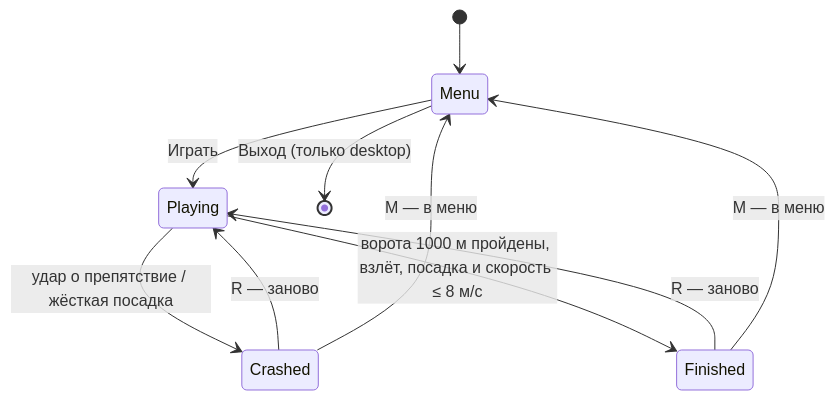
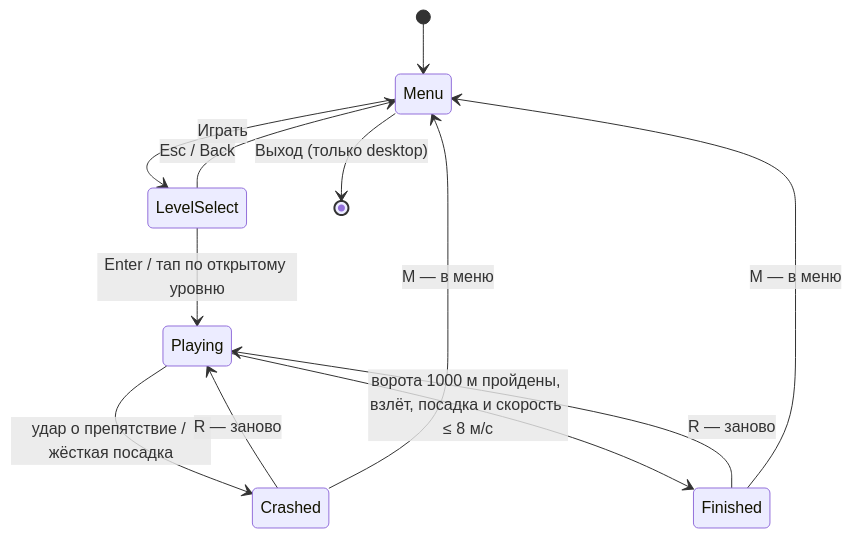
One commit to maratnek/claude-try-first changed the second of 2 diagrams in docs/ARCHITECTURE.md. Above: the diagram before and after it, drawn with Mermaid. The commit also changed other lines of this file and 8 other files, not shown here.

First line of the commit message:
Level select screen between Play and the level, with locked teaser cards and a saved unlock flag

````diff
--- a/docs/ARCHITECTURE.md
+++ b/docs/ARCHITECTURE.md
@@ -78,12 +79,14 @@
 ```mermaid
 stateDiagram-v2
     [*] --> Menu
-    Menu --> Playing: Играть
+    Menu --> LevelSelect: Играть
+    LevelSelect --> Menu: Esc / Back
+    LevelSelect --> Playing: Enter / тап по открытому уровню
     Playing --> Crashed: удар о препятствие / жёсткая посадка
     Crashed --> Playing: R — заново
     Crashed --> Menu: M — в меню
     Playing --> Finished: ворота 1000 м пройдены, взлёт, посадка и скорость ≤ 8 м/с
     Finished --> Playing: R — заново
     Finished --> Menu: M — в меню
     Menu --> [*]: Выход (только desktop)
 ```
````
